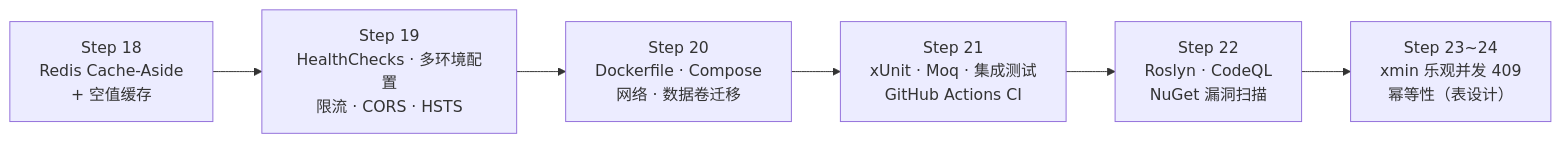
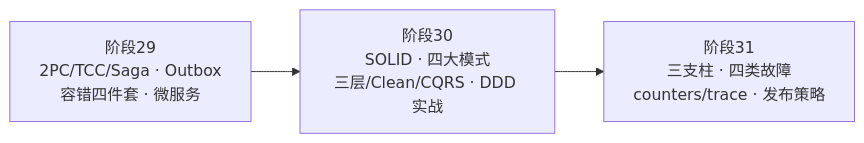
One commit to zhanbinb/OrderManagement changed the second of 2 diagrams in docs/03-问题清单与学习路线图.md. Above: the diagram before and after it, drawn with Mermaid. The commit also changed other lines of this file and 17 other files, not shown here.

````diff
--- a/docs/03-问题清单与学习路线图.md
+++ b/docs/03-问题清单与学习路线图.md
@@ -51,8 +63,5 @@
 ```mermaid
 flowchart LR
-    A[Step 18<br/>Redis Cache-Aside<br/>+ 空值缓存] --> B[Step 19<br/>HealthChecks · 多环境配置<br/>限流 · CORS · HSTS]
-    B --> C[Step 20<br/>Dockerfile · Compose<br/>网络 · 数据卷迁移]
-    C --> D[Step 21<br/>xUnit · Moq · 集成测试<br/>GitHub Actions CI]
-    D --> E[Step 22<br/>Roslyn · CodeQL<br/>NuGet 漏洞扫描]
-    E --> F[Step 23~24<br/>xmin 乐观并发 409<br/>幂等性（表设计）]
+    A[阶段29<br/>2PC/TCC/Saga · Outbox<br/>容错四件套 · 微服务] --> B[阶段30<br/>SOLID · 四大模式<br/>三层/Clean/CQRS · DDD 实战]
+    B --> C[阶段31<br/>三支柱 · 四类故障<br/>counters/trace · 发布策略]
 ```
````
